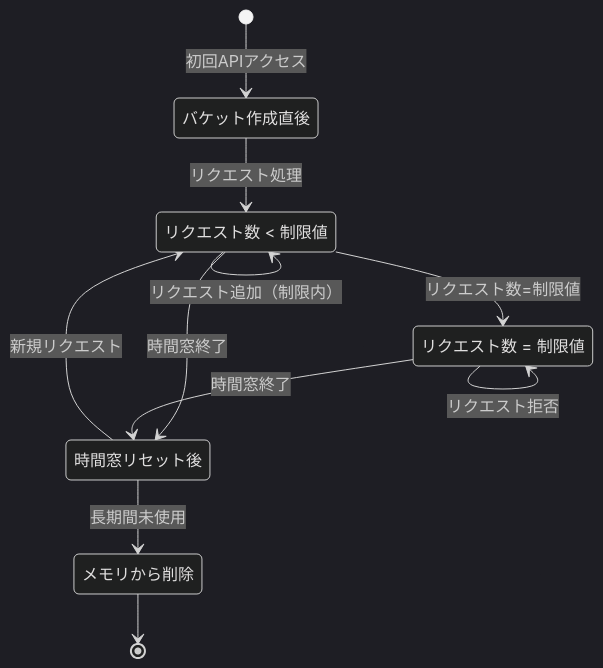
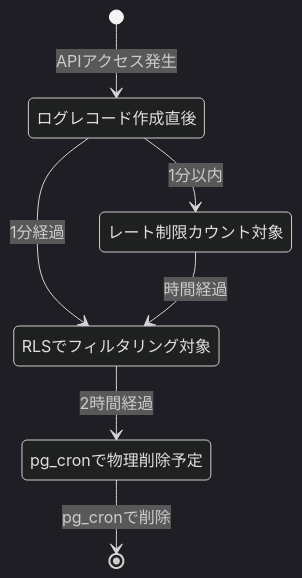
One commit to hydrangeas/redis-test changed the ninth of 14 diagrams in docs/specs/step5-design.md. Above: the diagram before and after it, drawn with Mermaid (dark theme). The commit also changed other lines of this file, not shown here.

````diff
--- a/docs/specs/step5-design.md
+++ b/docs/specs/step5-design.md
@@ -739,27 +735,19 @@
 ```mermaid
 stateDiagram-v2
-    [*] --> 新規作成: 初回APIアクセス
-    新規作成 --> 使用中: リクエスト処理
+    [*] --> 記録済み: APIアクセス発生
+    記録済み --> 有効期間内: 1分以内
+    記録済み --> 期限切れ: 1分経過
     
-    使用中 --> 使用中: リクエスト追加（制限内）
-    使用中 --> 制限到達: リクエスト数=制限値
-    使用中 --> リセット済み: 時間窓終了
-    
-    制限到達 --> 制限到達: リクエスト拒否
-    制限到達 --> リセット済み: 時間窓終了
-    
-    リセット済み --> 使用中: 新規リクエスト
-    リセット済み --> 削除: 長期間未使用
-    
-    削除 --> [*]
+    有効期間内 --> 期限切れ: 時間経過
+    期限切れ --> 削除対象: 2時間経過
+    削除対象 --> [*]: pg_cronで削除
     
     %% 状態の説明
-    新規作成: バケット作成直後
-    使用中: リクエスト数 < 制限値
-    制限到達: リクエスト数 = 制限値
-    リセット済み: 時間窓リセット後
-    削除: メモリから削除
+    記録済み: ログレコード作成直後
+    有効期間内: レート制限カウント対象
+    期限切れ: RLSでフィルタリング対象
+    削除対象: pg_cronで物理削除予定
     
     %% mermaid記載上の【重要】注意点
     %% コメントは独立した行に記述
 ```
````
